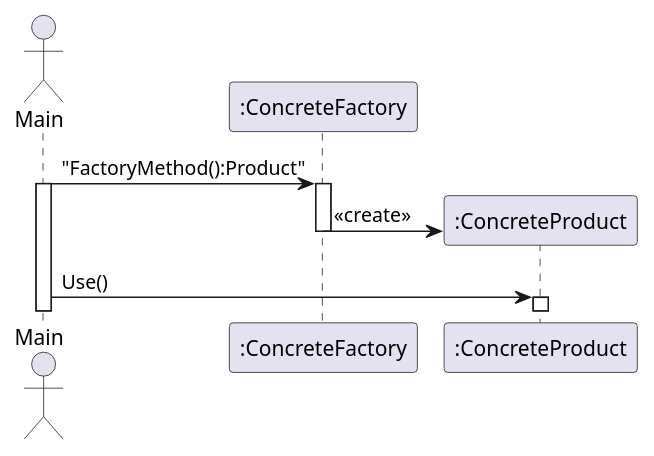
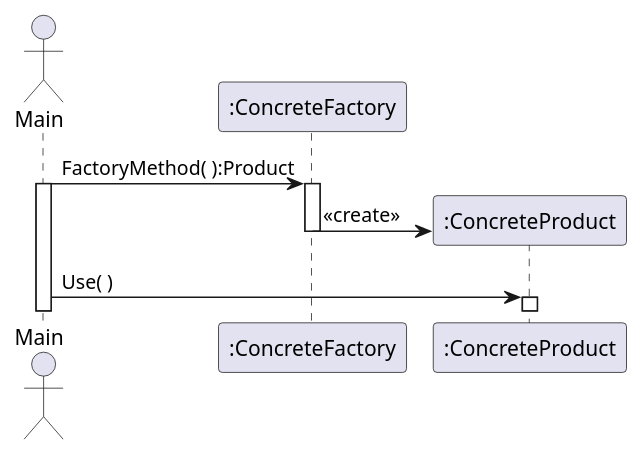
Before and after one commit to LviatYi/KnownBase: the second of 2 diagrams in DesignPatternNote/index/factoryMethod.md, drawn with PlantUML. The commit also changed other lines of this file and 10 other files, not shown here.

````diff
--- a/DesignPatternNote/index/factoryMethod.md
+++ b/DesignPatternNote/index/factoryMethod.md
@@ -51,12 +55,12 @@
 ```PlantUML
-@startuml SimpleFactory_ClassDiagram
+@startuml Factory_SequenceDiagram
 actor Main
 participant ":ConcreteFactory" as ConcreteFactoryObj
 participant ":ConcreteProduct" as ConcreteProductObj
-Main -> ConcreteFactoryObj ++: "FactoryMethod():Product"
+Main -> ConcreteFactoryObj ++: FactoryMethod( ):Product
 activate Main 
 create ConcreteProductObj
 ConcreteFactoryObj->ConcreteProductObj--: <<create>>
-Main -> ConcreteProductObj++: Use()
+Main -> ConcreteProductObj++: Use( )
 @enduml
 ```
````
